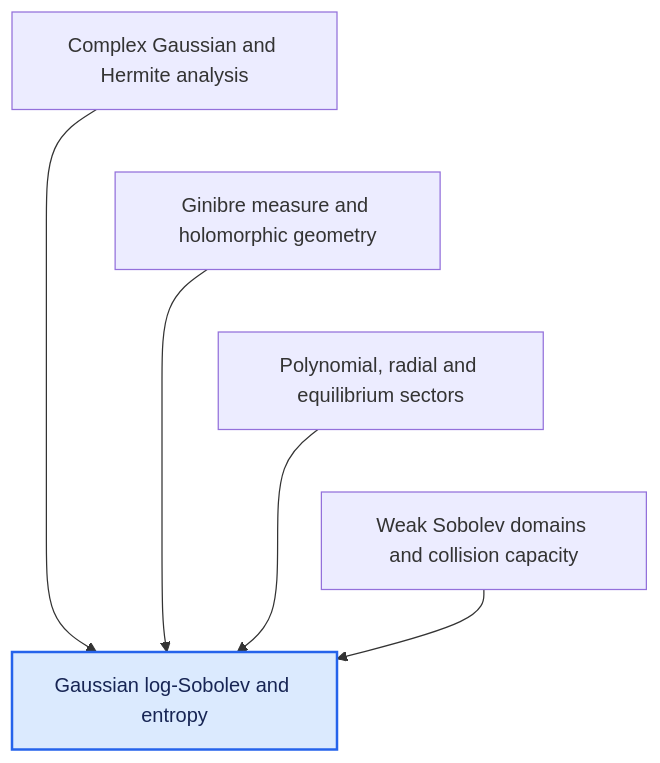
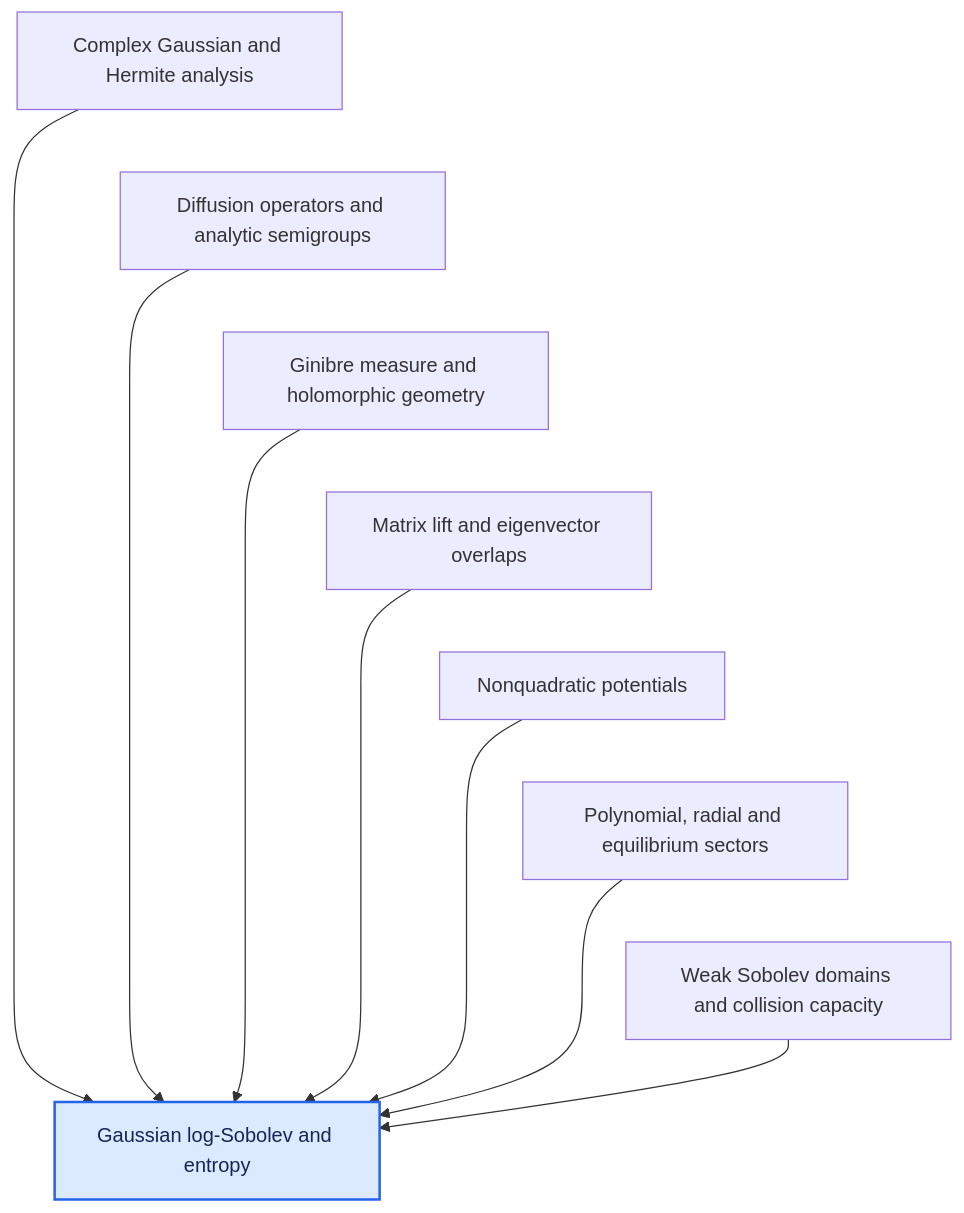
One commit to djalilchafai/ginibre-poincare changed the second of 12 diagrams in DEPENDENCIES.md. Above: the diagram before and after it, drawn with Mermaid. The commit also changed other lines of this file and 418 other files, not shown here.

````diff
--- a/DEPENDENCIES.md
+++ b/DEPENDENCIES.md
@@ -50,12 +52,18 @@
 ```mermaid
 flowchart TB
   ComplexGaussianHermite["Complex Gaussian and Hermite analysis"] --> GaussianLSI["Gaussian log-Sobolev and entropy"]
+  GeneratorSemigroup["Diffusion operators and analytic semigroups"] --> GaussianLSI["Gaussian log-Sobolev and entropy"]
   GinibreMeasureGeometry["Ginibre measure and holomorphic geometry"] --> GaussianLSI["Gaussian log-Sobolev and entropy"]
+  MatrixLift["Matrix lift and eigenvector overlaps"] --> GaussianLSI["Gaussian log-Sobolev and entropy"]
+  NonQuadratic["Nonquadratic potentials"] --> GaussianLSI["Gaussian log-Sobolev and entropy"]
   PolynomialRadial["Polynomial, radial and equilibrium sectors"] --> GaussianLSI["Gaussian log-Sobolev and entropy"]
   WeakSobolev["Weak Sobolev domains and collision capacity"] --> GaussianLSI["Gaussian log-Sobolev and entropy"]
-  ComplexGaussianHermite ~~~ GinibreMeasureGeometry
-  GinibreMeasureGeometry ~~~ PolynomialRadial
+  ComplexGaussianHermite ~~~ GeneratorSemigroup
+  GeneratorSemigroup ~~~ GinibreMeasureGeometry
+  GinibreMeasureGeometry ~~~ MatrixLift
+  MatrixLift ~~~ NonQuadratic
+  NonQuadratic ~~~ PolynomialRadial
   PolynomialRadial ~~~ WeakSobolev
   classDef target fill:#dbeafe,stroke:#2563eb,stroke-width:2px,color:#172554;
   class GaussianLSI target;
 ```
````
